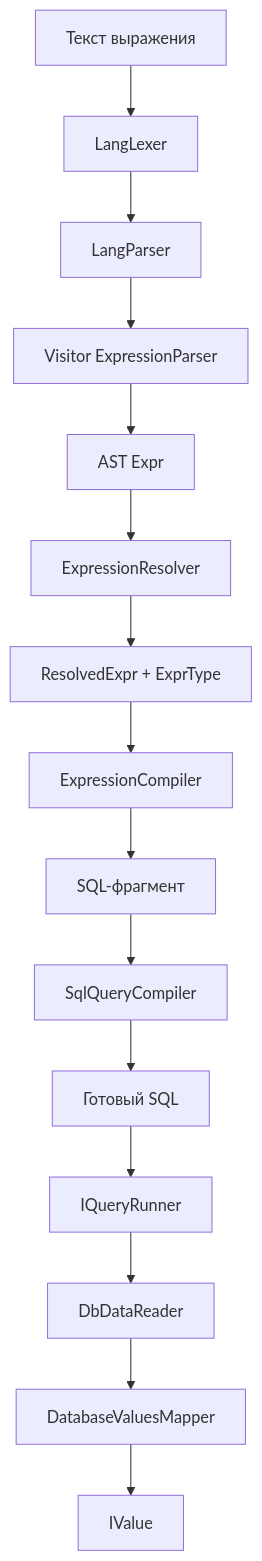
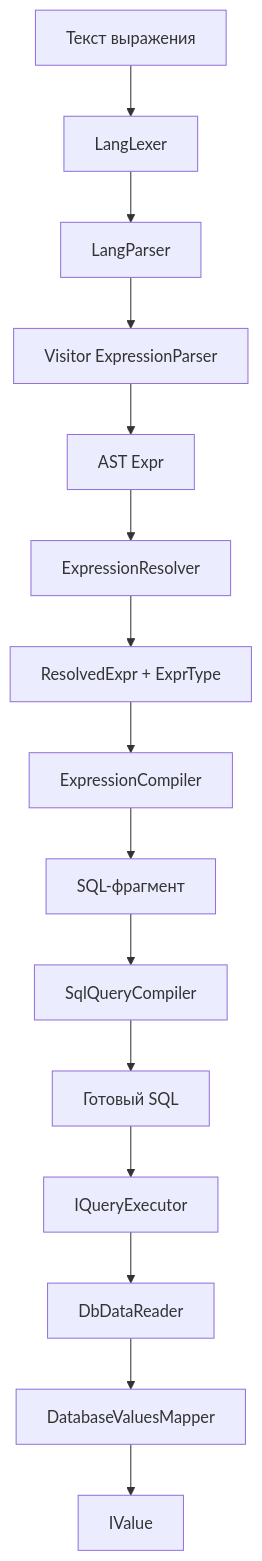
The diagram in docs/expressions-pipeline.md (MikeKondr99/ReData), drawn with Mermaid before and after one commit. The commit also changed other lines of this file and 59 other files, not shown here.

Commit message:
refactor(core): Переименовал QueryRunner в QueryExecutor

````diff
--- a/docs/expressions-pipeline.md
+++ b/docs/expressions-pipeline.md
@@ -9,17 +9,17 @@
 ```mermaid
 flowchart 
     A[Текст выражения] --> B[LangLexer]
     B --> C[LangParser]
     C --> D[Visitor ExpressionParser]
     D --> E[AST Expr]
     E --> F[ExpressionResolver]
     F --> G[ResolvedExpr + ExprType]
     G --> H[ExpressionCompiler]
     H --> I[SQL-фрагмент]
     I --> J[SqlQueryCompiler]
     J --> K[Готовый SQL]
-    K --> L[IQueryRunner]
+    K --> L[IQueryExecutor]
     L --> M[DbDataReader]
     M --> N[DatabaseValuesMapper]
     N --> O[IValue]
 ```
````
